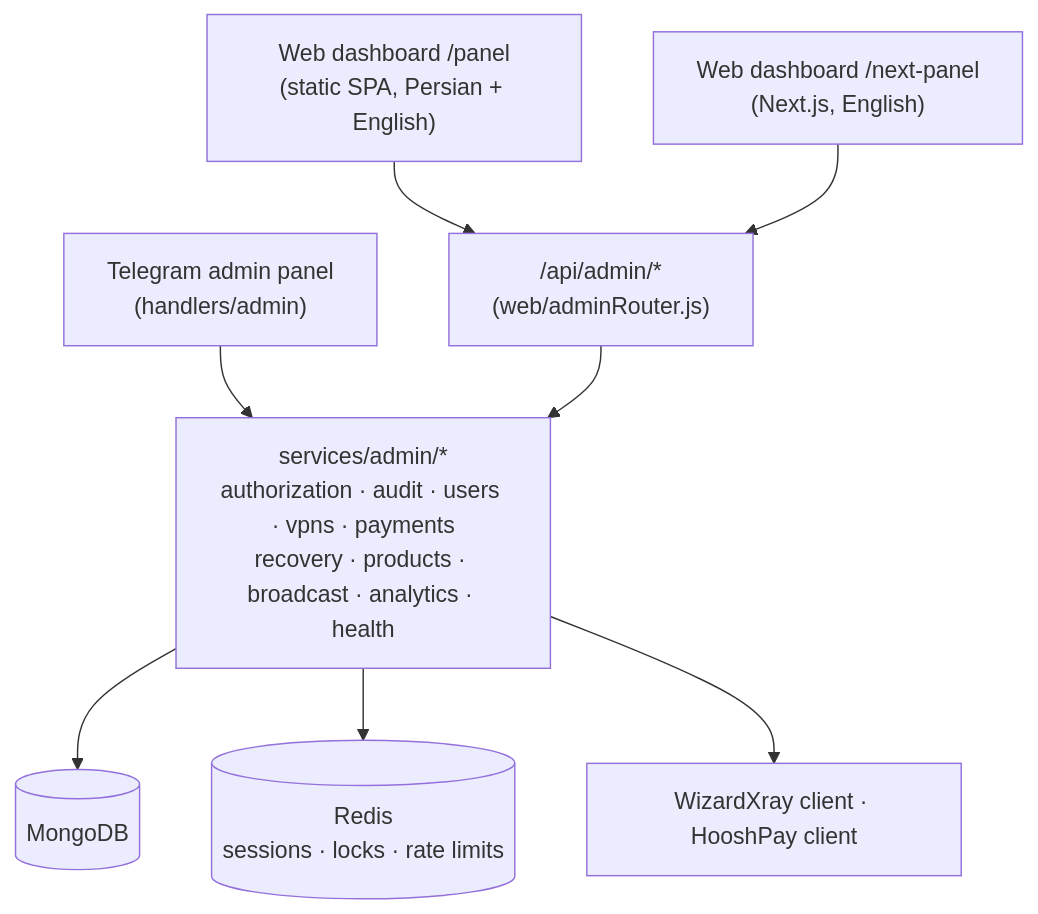
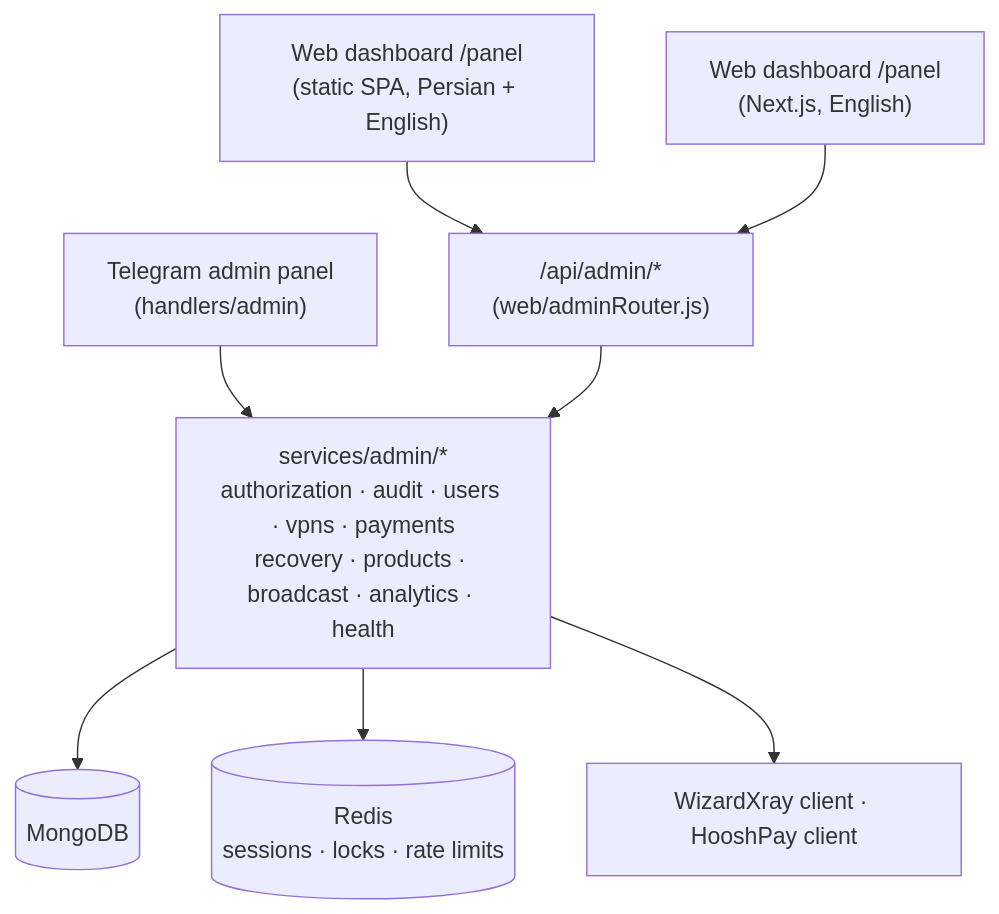
One commit to AmirHossein-Kargar/SWIFT-VPN-Bot changed the diagram in docs/admin.md. Above: the diagram before and after it, drawn with Mermaid. The commit also changed other lines of this file and 89 other files, not shown here.

````diff
--- a/docs/admin.md
+++ b/docs/admin.md
@@ -7,10 +7,10 @@
 ```mermaid
 flowchart TD
     TG["Telegram admin panel<br/>(handlers/admin)"] --> S
     LEG["Web dashboard /panel<br/>(static SPA, Persian + English)"] --> API["/api/admin/*<br/>(web/adminRouter.js)"]
-    NEXT["Web dashboard /next-panel<br/>(Next.js, English)"] --> API
+    NEXT["Web dashboard /panel<br/>(Next.js, English)"] --> API
     API --> S["services/admin/*<br/>authorization · audit · users · vpns · payments<br/>recovery · products · broadcast · analytics · health"]
     S --> M[("MongoDB")]
     S --> R[("Redis<br/>sessions · locks · rate limits")]
     S --> P["WizardXray client · HooshPay client"]
 ```
````
